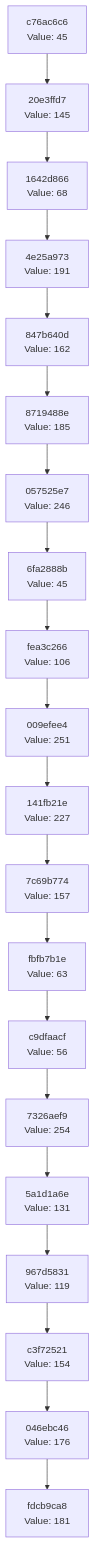
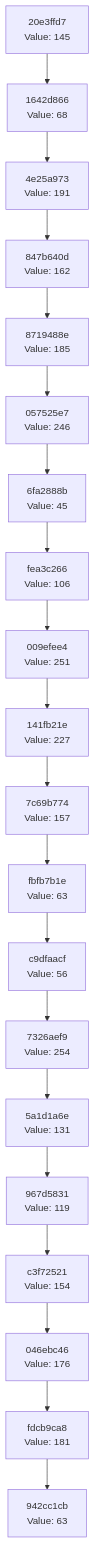
One commit to Abhisheksinha1506/hash-chain-evolver changed the diagram in docs/CHAIN_VISUALIZATION.md. Above: the diagram before and after it, drawn with Mermaid. The commit also changed 3 other files, not shown here.

````diff
--- a/docs/CHAIN_VISUALIZATION.md
+++ b/docs/CHAIN_VISUALIZATION.md
@@ -3,42 +3,42 @@
 ```mermaid
 graph TD
-    C0["fdcb9ca8<br/>Value: 181"]
-    C1["046ebc46<br/>Value: 176"]
+    C0["942cc1cb<br/>Value: 63"]
+    C1["fdcb9ca8<br/>Value: 181"]
     C1 --> C0
-    C2["c3f72521<br/>Value: 154"]
+    C2["046ebc46<br/>Value: 176"]
     C2 --> C1
-    C3["967d5831<br/>Value: 119"]
+    C3["c3f72521<br/>Value: 154"]
     C3 --> C2
-    C4["5a1d1a6e<br/>Value: 131"]
+    C4["967d5831<br/>Value: 119"]
     C4 --> C3
-    C5["7326aef9<br/>Value: 254"]
+    C5["5a1d1a6e<br/>Value: 131"]
     C5 --> C4
-    C6["c9dfaacf<br/>Value: 56"]
+    C6["7326aef9<br/>Value: 254"]
     C6 --> C5
-    C7["fbfb7b1e<br/>Value: 63"]
+    C7["c9dfaacf<br/>Value: 56"]
     C7 --> C6
-    C8["7c69b774<br/>Value: 157"]
+    C8["fbfb7b1e<br/>Value: 63"]
     C8 --> C7
-    C9["141fb21e<br/>Value: 227"]
+    C9["7c69b774<br/>Value: 157"]
     C9 --> C8
-    C10["009efee4<br/>Value: 251"]
+    C10["141fb21e<br/>Value: 227"]
     C10 --> C9
-    C11["fea3c266<br/>Value: 106"]
+    C11["009efee4<br/>Value: 251"]
     C11 --> C10
-    C12["6fa2888b<br/>Value: 45"]
+    C12["fea3c266<br/>Value: 106"]
     C12 --> C11
-    C13["057525e7<br/>Value: 246"]
+    C13["6fa2888b<br/>Value: 45"]
     C13 --> C12
-    C14["8719488e<br/>Value: 185"]
+    C14["057525e7<br/>Value: 246"]
     C14 --> C13
-    C15["847b640d<br/>Value: 162"]
+    C15["8719488e<br/>Value: 185"]
     C15 --> C14
-    C16["4e25a973<br/>Value: 191"]
+    C16["847b640d<br/>Value: 162"]
     C16 --> C15
-    C17["1642d866<br/>Value: 68"]
+    C17["4e25a973<br/>Value: 191"]
     C17 --> C16
-    C18["20e3ffd7<br/>Value: 145"]
+    C18["1642d866<br/>Value: 68"]
     C18 --> C17
-    C19["c76ac6c6<br/>Value: 45"]
+    C19["20e3ffd7<br/>Value: 145"]
     C19 --> C18
 ```
````
